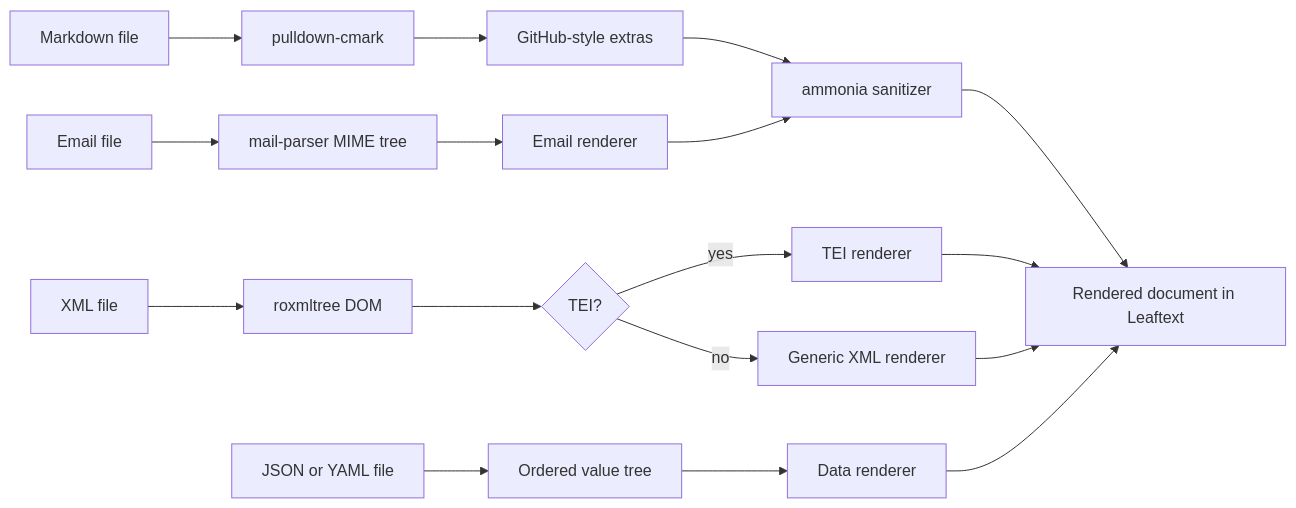
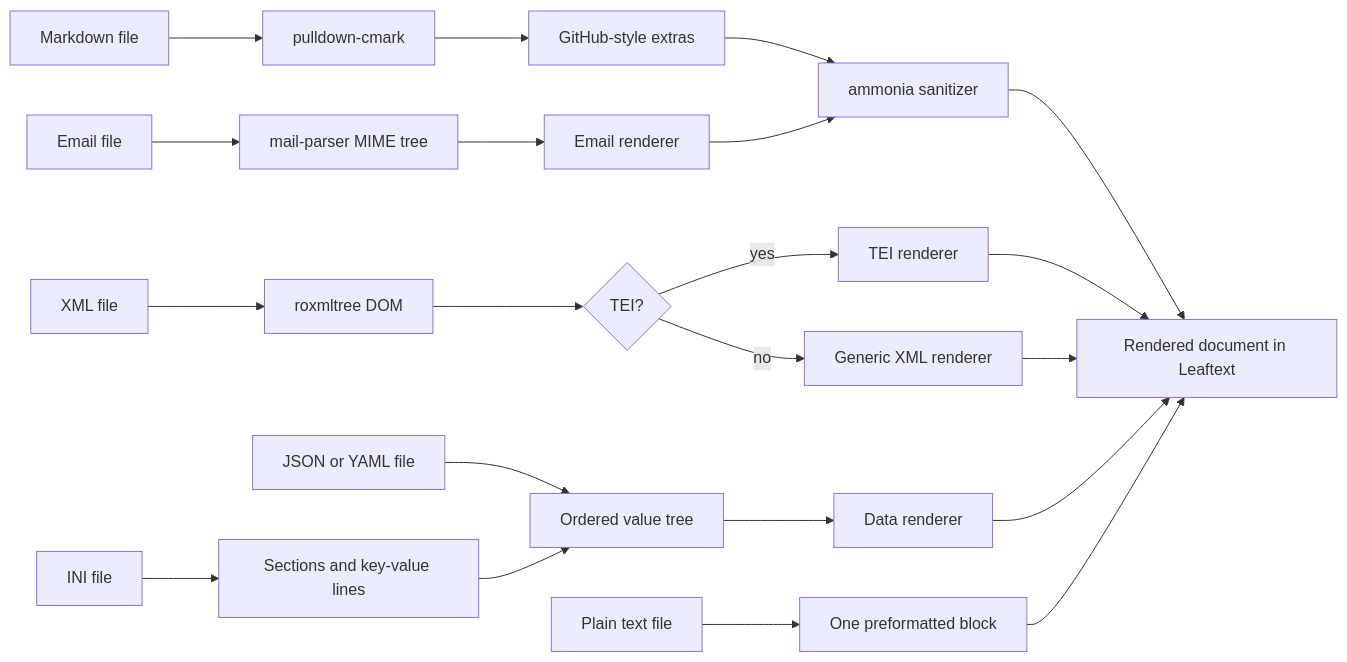
The first of 3 diagrams in docs/01-features/01-rendering.md (ryanallen/leaftext), drawn with Mermaid before and after one commit. The commit also changed other lines of this file and 52 other files, not shown here.

Commit message:
The shape grid stays in the diagram sheet and text INI and source files open

````diff
--- a/docs/01-features/01-rendering.md
+++ b/docs/01-features/01-rendering.md
@@ -25,19 +28,23 @@
 ```mermaid
 flowchart LR
     A[Markdown file] --> B[pulldown-cmark]
     B --> C[GitHub-style extras]
     C --> D[ammonia sanitizer]
     D --> E[Rendered document in Leaftext]
     F[XML file] --> G[roxmltree DOM]
     G --> H{TEI?}
     H -->|yes| I[TEI renderer]
     H -->|no| J[Generic XML renderer]
     I --> E
     J --> E
     K[JSON or YAML file] --> L[Ordered value tree]
     L --> M[Data renderer]
     M --> E
     N[Email file] --> O[mail-parser MIME tree]
     O --> P[Email renderer]
     P --> D
+    Q[INI file] --> R[Sections and key-value lines]
+    R --> L
+    S[Plain text file] --> T[One preformatted block]
+    T --> E
 ```
````
